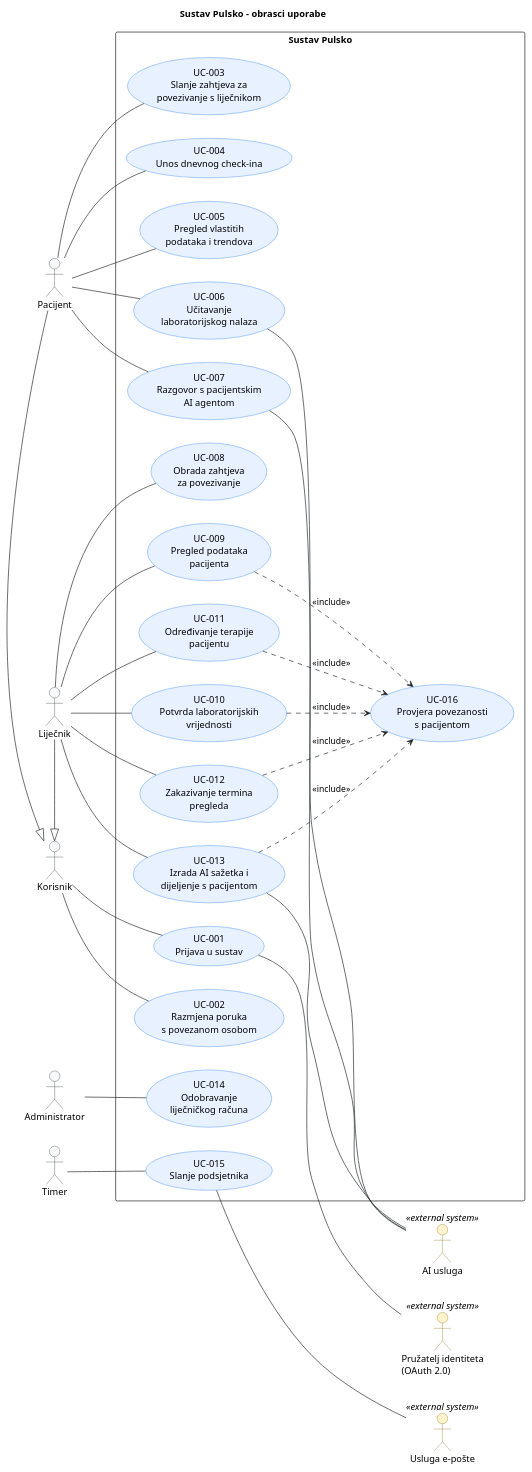
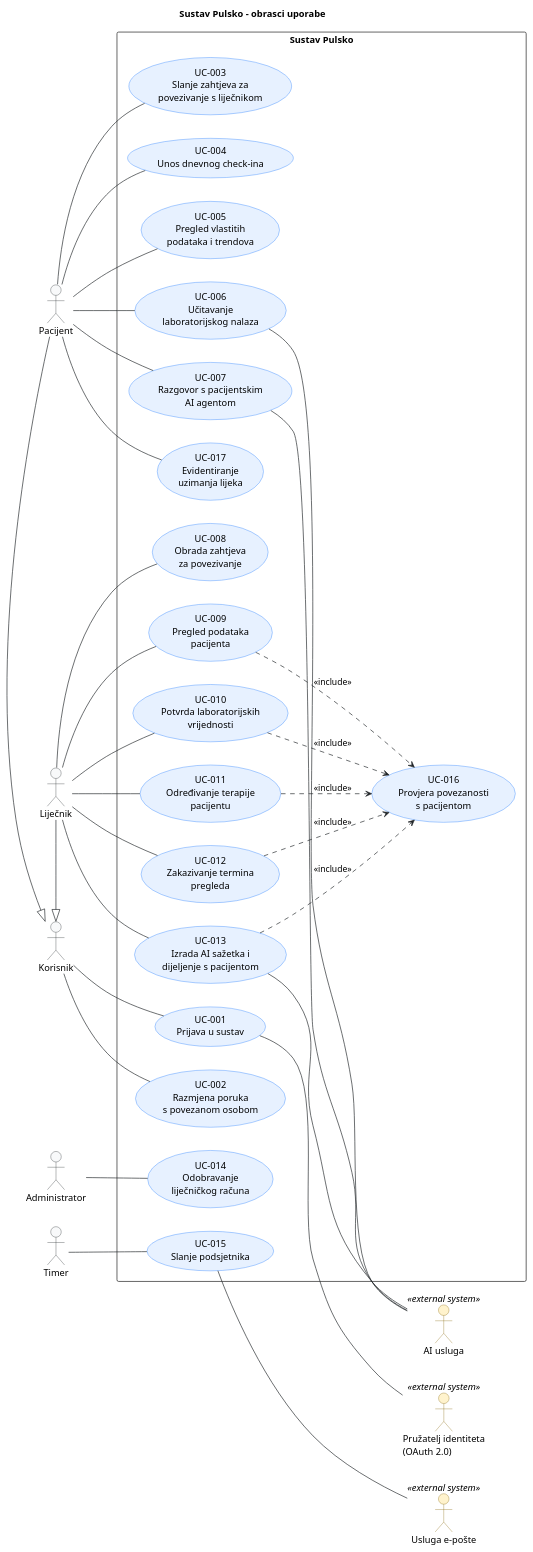
The diagram in docs/puml/3-1-Pulsko-system-UC.puml (RokoCulin/PROINZ26-G04.2-Pulsko), drawn with PlantUML before and after one commit. The commit also changed other lines of this file and 1 other file, not shown here.

```diff
--- a/docs/puml/3-1-Pulsko-system-UC.puml
+++ b/docs/puml/3-1-Pulsko-system-UC.puml
@@ -17,121 +17,123 @@
 @startuml
 title Sustav Pulsko – obrasci uporabe
 left to right direction
 
 skinparam shadowing false
 skinparam defaultFontName Arial
 skinparam ArrowColor #212529
 
 skinparam actor {
     BackgroundColor #F8F9FA
     BorderColor #212529
     BackgroundColor<<external system>> #FFF3CD
     BorderColor<<external system>> #856404
 }
 
 skinparam usecase {
     BackgroundColor #E7F1FF
     BorderColor #0D6EFD
 }
 
 ' ==============================================================================
 ' Primarni akteri
 ' ==============================================================================
 
 actor User as "Korisnik"
 actor Patient as "Pacijent"
 actor Doctor as "Liječnik"
 actor Admin as "Administrator"
 actor Timer as "Timer"
 
 ' Pacijent i liječnik dijele prijavu i poruke preko nadaktera Korisnik.
 Patient -|> User
 Doctor -|> User
 
 ' ==============================================================================
 ' Sekundarni akteri (vanjski sustavi)
 ' ==============================================================================
 
 actor "Pružatelj identiteta\n(OAuth 2.0)" as IdP <<external system>>
 actor "AI usluga" as AI <<external system>>
 actor "Usluga e-pošte" as Email <<external system>>
 
 ' ==============================================================================
 ' Granica sustava
 ' ==============================================================================
 
 rectangle "Sustav Pulsko" as Pulsko {
 
     ' Zajedničko
     (UC-001\nPrijava u sustav) as UC_SignIn
     (UC-002\nRazmjena poruka\ns povezanom osobom) as UC_Messages
 
     ' Pacijent
     (UC-003\nSlanje zahtjeva za\npovezivanje s liječnikom) as UC_ConnectRequest
     (UC-004\nUnos dnevnog check-ina) as UC_CheckIn
     (UC-005\nPregled vlastitih\npodataka i trendova) as UC_Dashboard
     (UC-006\nUčitavanje\nlaboratorijskog nalaza) as UC_UploadLab
     (UC-007\nRazgovor s pacijentskim\nAI agentom) as UC_PatientAI
+    (UC-017\nEvidentiranje\nuzimanja lijeka) as UC_DoseLog
 
     ' Liječnik
     (UC-008\nObrada zahtjeva\nza povezivanje) as UC_HandleRequest
     (UC-009\nPregled podataka\npacijenta) as UC_ViewPatient
     (UC-010\nPotvrda laboratorijskih\nvrijednosti) as UC_ConfirmLab
     (UC-011\nOdređivanje terapije\npacijentu) as UC_Therapy
     (UC-012\nZakazivanje termina\npregleda) as UC_Appointment
     (UC-013\nIzrada AI sažetka i\ndijeljenje s pacijentom) as UC_DoctorAI
     (UC-016\nProvjera povezanosti\ns pacijentom) as UC_CheckLink
 
     ' Administracija i vremenski okidači
     (UC-014\nOdobravanje\nliječničkog računa) as UC_ApproveDoctor
     (UC-015\nSlanje podsjetnika) as UC_Reminder
 }
 
 ' ==============================================================================
 ' Asocijacije aktera i obrazaca uporabe
 ' ==============================================================================
 
 User -- UC_SignIn
 User -- UC_Messages
 
 Patient -- UC_ConnectRequest
 Patient -- UC_CheckIn
 Patient -- UC_Dashboard
 Patient -- UC_UploadLab
 Patient -- UC_PatientAI
+Patient -- UC_DoseLog
 
 Doctor -- UC_HandleRequest
 Doctor -- UC_ViewPatient
 Doctor -- UC_ConfirmLab
 Doctor -- UC_Therapy
 Doctor -- UC_Appointment
 Doctor -- UC_DoctorAI
 
 Admin -- UC_ApproveDoctor
 Timer -- UC_Reminder
 
 ' ==============================================================================
 ' Veze između obrazaca uporabe
 ' ==============================================================================
 
 ' Liječnik smije raditi samo s pacijentom koji je prihvatio povezivanje;
 ' provjera se uvijek izvodi.
 UC_ViewPatient ..> UC_CheckLink : <<include>>
 UC_ConfirmLab ..> UC_CheckLink : <<include>>
 UC_Therapy ..> UC_CheckLink : <<include>>
 UC_Appointment ..> UC_CheckLink : <<include>>
 UC_DoctorAI ..> UC_CheckLink : <<include>>
 
 ' Prijava namjerno NIJE <<include>> ostalih obrazaca: korisnik je prijavljen
 ' prije njihova početka, pa je prijava preduvjet.
 
 ' ==============================================================================
 ' Interakcije sa sekundarnim akterima
 ' ==============================================================================
 
 UC_SignIn -- IdP
 UC_UploadLab -- AI
 UC_PatientAI -- AI
 UC_DoctorAI -- AI
 UC_Reminder -- Email
 @enduml
```
